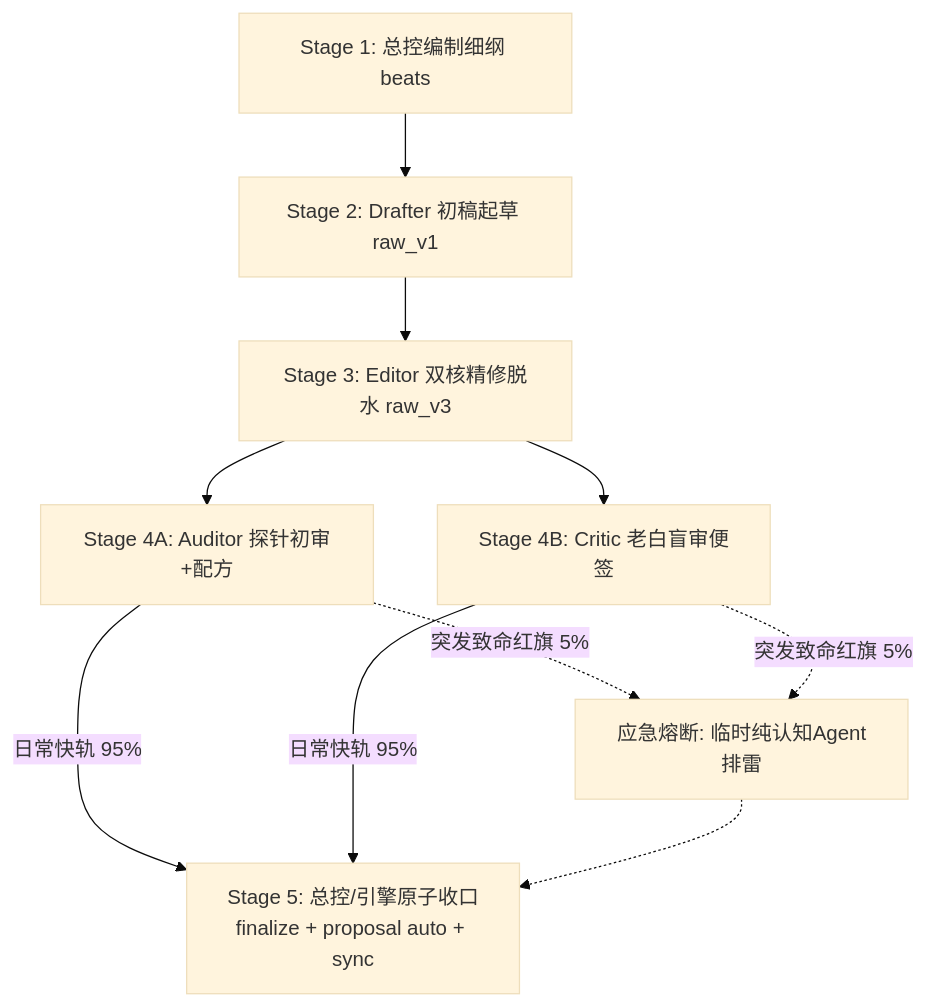
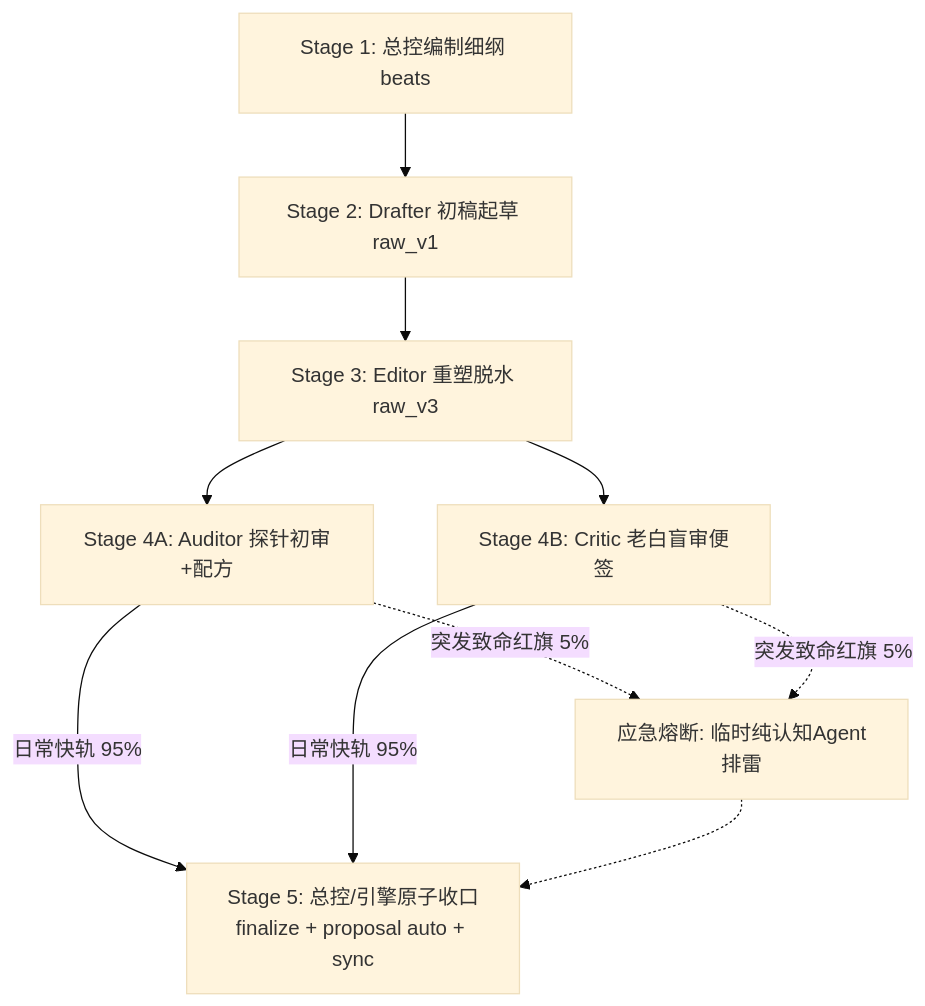
One commit to cg110902/NOVEL changed the second of 2 diagrams in .agents/skills/director/SKILL.md. Above: the diagram before and after it, drawn with Mermaid (base theme). The commit also changed other lines of this file and 7 other files, not shown here.

````diff
--- a/.agents/skills/director/SKILL.md
+++ b/.agents/skills/director/SKILL.md
@@ -192,12 +193,12 @@
 ```mermaid
 graph TD
     S1[Stage 1: 总控编制细纲 beats] --> S2[Stage 2: Drafter 初稿起草 raw_v1]
-    S2 --> S3[Stage 3: Editor 双核精修脱水 raw_v3]
+    S2 --> S3[Stage 3: Editor 重塑脱水 raw_v3]
     S3 --> S4A[Stage 4A: Auditor 探针初审+配方]
     S3 --> S4B[Stage 4B: Critic 老白盲审便签]
     S4A -->|日常快轨 95%| S5[Stage 5: 总控/引擎原子收口<br/>finalize + proposal auto + sync]
     S4B -->|日常快轨 95%| S5
     S4A -.->|突发致命红旗 5%| SE[应急熔断: 临时纯认知Agent排雷]
     S4B -.->|突发致命红旗 5%| SE
     SE -.-> S5
 ```
````
